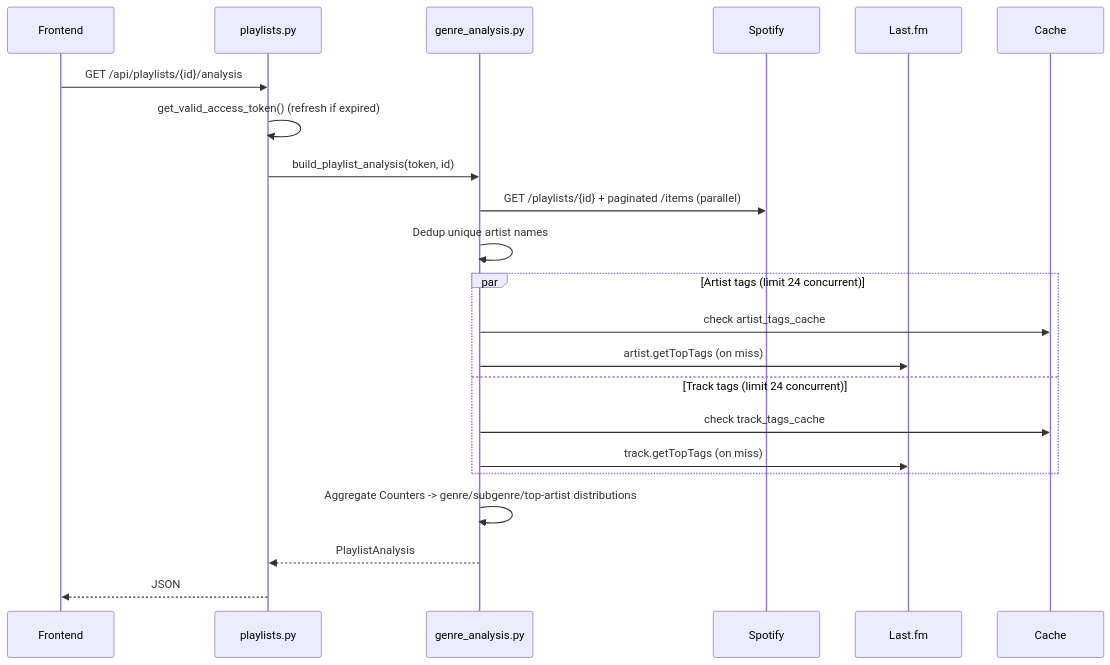
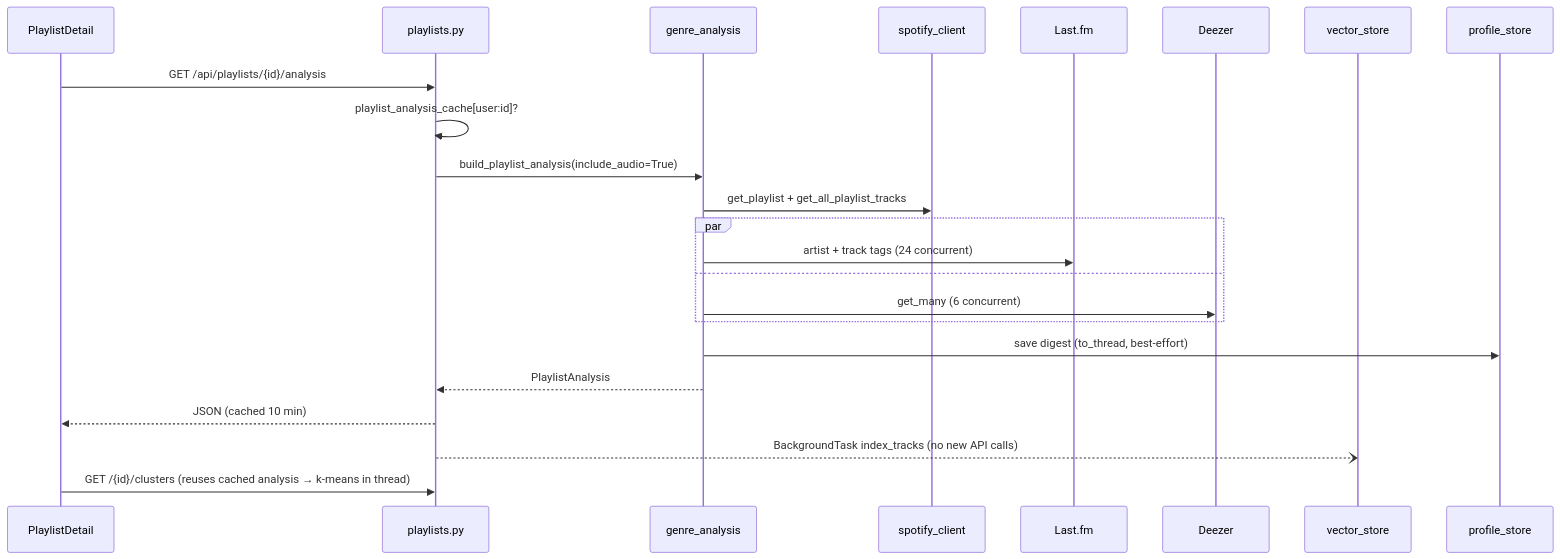
The third of 5 diagrams in docs/CODEBASE_MAP.md (HuananCanova/playlist-classifier), drawn with Mermaid before and after one commit. The commit also changed other lines of this file and 1 other file, not shown here.

````diff
--- a/docs/CODEBASE_MAP.md
+++ b/docs/CODEBASE_MAP.md
@@ -331,25 +488,26 @@
 ```mermaid
 sequenceDiagram
-    participant Frontend
-    participant Backend as playlists.py
-    participant Genre as genre_analysis.py
-    participant Spotify
-    participant LastFM as Last.fm
-    participant Cache
+    participant FE as PlaylistDetail
+    participant P as playlists.py
+    participant GA as genre_analysis
+    participant SC as spotify_client
+    participant LF as Last.fm
+    participant DZ as Deezer
+    participant VS as vector_store
+    participant PS as profile_store
 
-    Frontend->>Backend: GET /api/playlists/{id}/analysis
-    Backend->>Backend: get_valid_access_token() (refresh if expired)
-    Backend->>Genre: build_playlist_analysis(token, id)
-    Genre->>Spotify: GET /playlists/{id} + paginated /items (parallel)
-    Genre->>Genre: Dedup unique artist names
-    par Artist tags (limit 24 concurrent)
-        Genre->>Cache: check artist_tags_cache
-        Genre->>LastFM: artist.getTopTags (on miss)
-    and Track tags (limit 24 concurrent)
-        Genre->>Cache: check track_tags_cache
-        Genre->>LastFM: track.getTopTags (on miss)
+    FE->>P: GET /api/playlists/{id}/analysis
+    P->>P: playlist_analysis_cache[user:id]?
+    P->>GA: build_playlist_analysis(include_audio=True)
+    GA->>SC: get_playlist + get_all_playlist_tracks
+    par
+        GA->>LF: artist + track tags (24 concurrent)
+    and
+        GA->>DZ: get_many (6 concurrent)
     end
-    Genre->>Genre: Aggregate Counters -> genre/subgenre/top-artist distributions
-    Genre-->>Backend: PlaylistAnalysis
-    Backend-->>Frontend: JSON
+    GA->>PS: save digest (to_thread, best-effort)
+    GA-->>P: PlaylistAnalysis
+    P-->>FE: JSON (cached 10 min)
+    P--)VS: BackgroundTask index_tracks (no new API calls)
+    FE->>P: GET /{id}/clusters (reuses cached analysis → k-means in thread)
 ```
````
